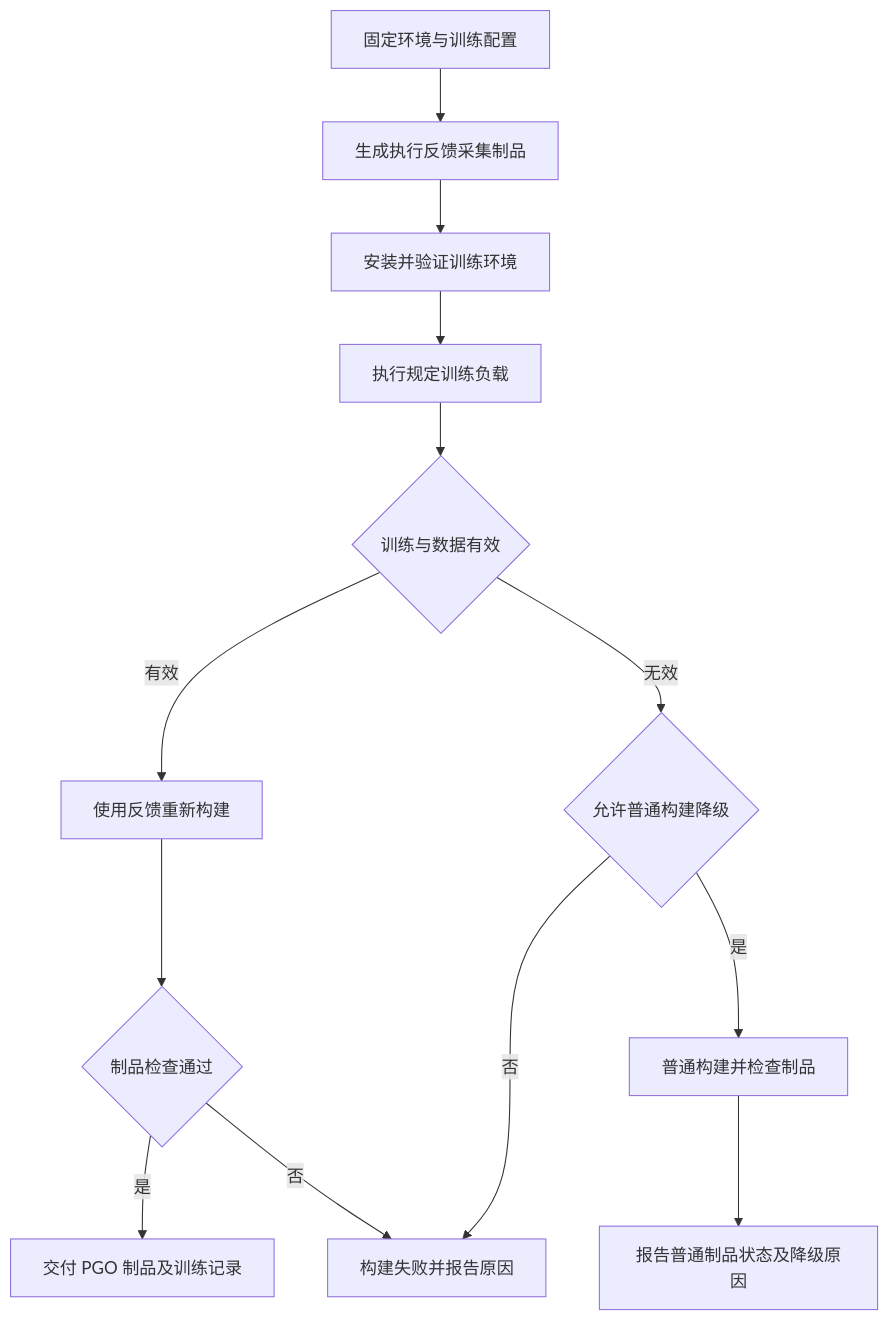
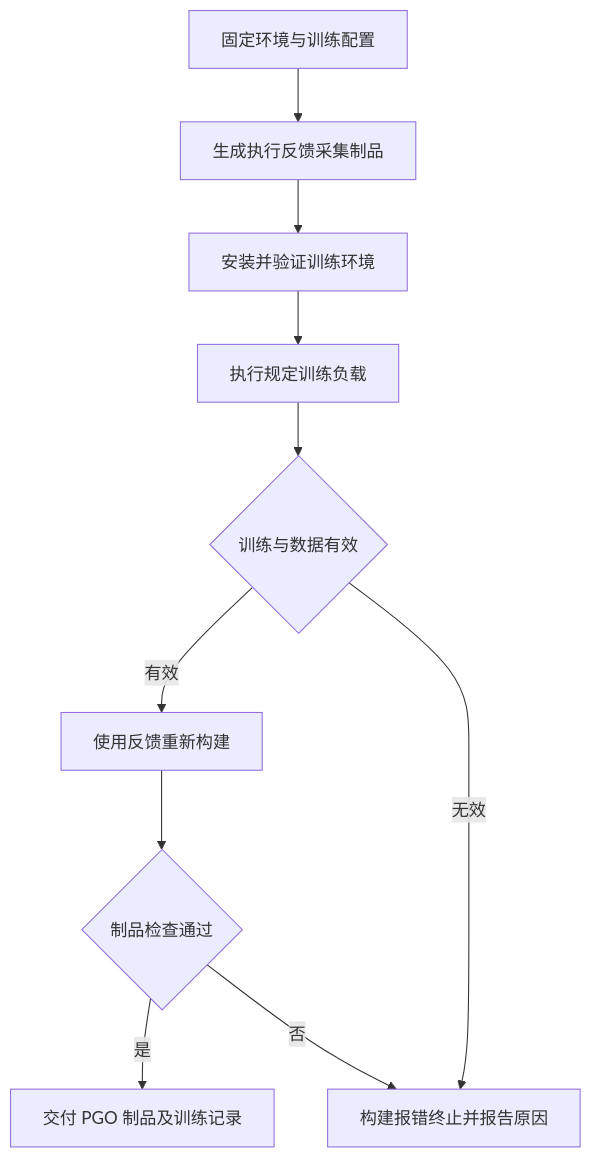
Before and after one commit to openeuler-mirror/cinderx: the ninth of 9 diagrams in docs/rfc/26.3.0/RFC：【性能】CPython 3.11 JIT 性能优化.md, drawn with Mermaid. The commit also changed other lines of this file, not shown here.

````diff
--- a/docs/rfc/26.3.0/RFC：【性能】CPython 3.11 JIT 性能优化.md
+++ b/docs/rfc/26.3.0/RFC：【性能】CPython 3.11 JIT 性能优化.md
@@ -852,15 +861,12 @@
 ```mermaid
 flowchart TD
     A["固定环境与训练配置"] --> B["生成执行反馈采集制品"]
     B --> C["安装并验证训练环境"]
     C --> D["执行规定训练负载"]
     D --> E{"训练与数据有效"}
     E -->|有效| F["使用反馈重新构建"]
+    E -->|无效| J["构建报错终止并报告原因"]
     F --> G{"制品检查通过"}
     G -->|是| H["交付 PGO 制品及训练记录"]
-    G -->|否| J["构建失败并报告原因"]
-    E -->|无效| I{"允许普通构建降级"}
-    I -->|否| J["构建失败并报告原因"]
-    I -->|是| K["普通构建并检查制品"]
-    K --> L["报告普通制品状态及降级原因"]
+    G -->|否| J
 ```
````
